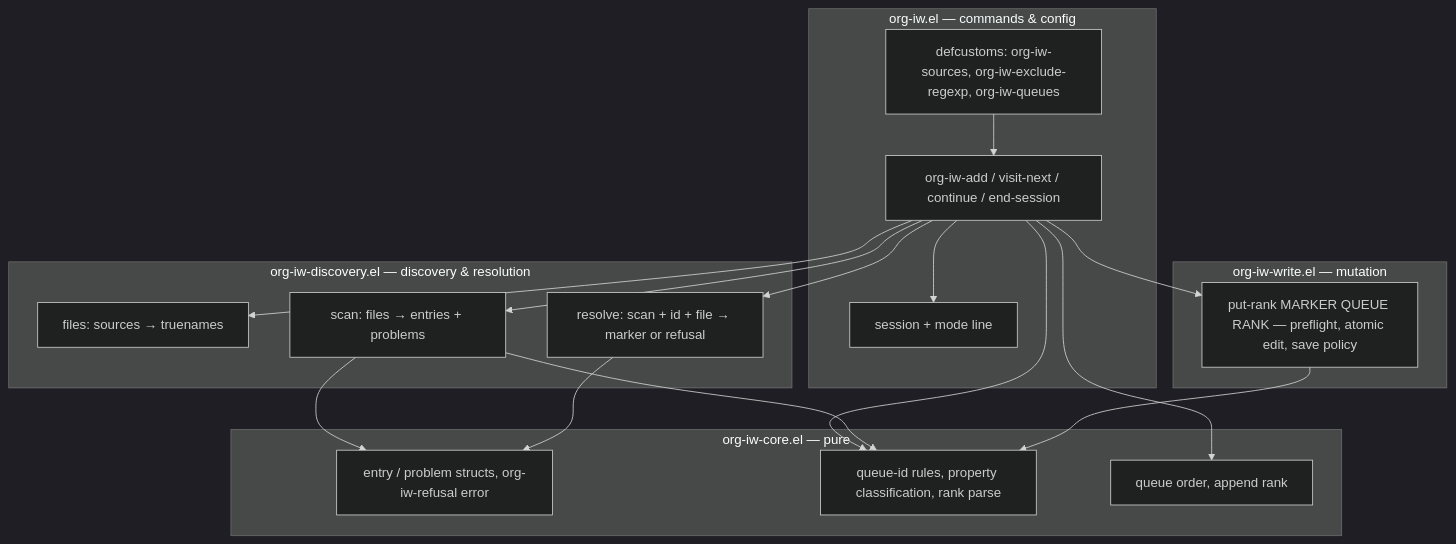
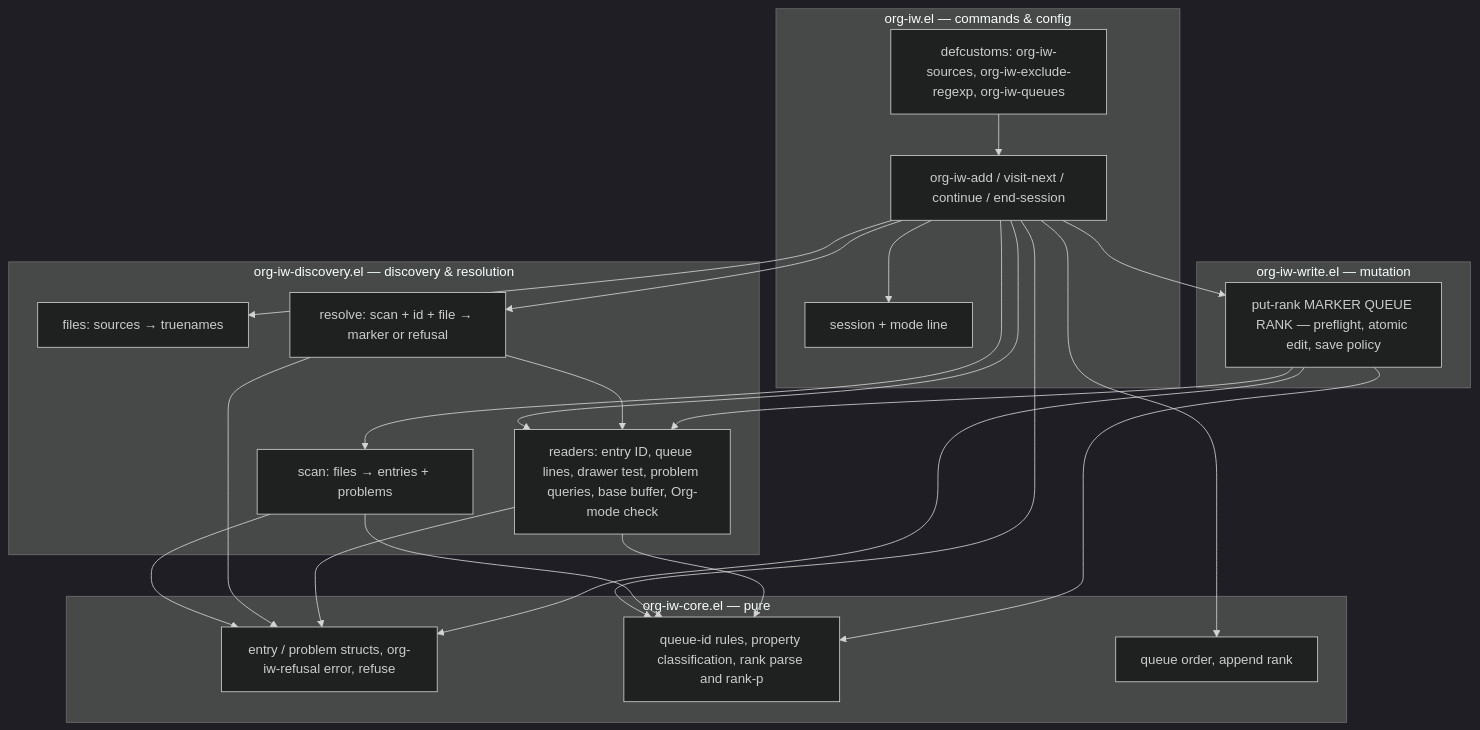
The first of 2 diagrams in .doctrine/slice/001/design.md (davidlee/org-incremental-writing), drawn with Mermaid (dark theme) before and after one commit. The commit also changed other lines of this file and 11 other files, not shown here.

````diff
--- a/.doctrine/slice/001/design.md
+++ b/.doctrine/slice/001/design.md
@@ -109,27 +116,29 @@
 ```mermaid
 flowchart TB
   subgraph org-iw.el [org-iw.el — commands & config]
     cfg[defcustoms: org-iw-sources, org-iw-exclude-regexp, org-iw-queues]
     cmd[org-iw-add / visit-next / continue / end-session]
     ses[session + mode line]
   end
   subgraph write [org-iw-write.el — mutation]
     pr[put-rank MARKER QUEUE RANK — preflight, atomic edit, save policy]
   end
   subgraph disc [org-iw-discovery.el — discovery & resolution]
     fl[files: sources → truenames]
     sc[scan: files → entries + problems]
     rs[resolve: scan + id + file → marker or refusal]
+    rd[readers: entry ID, queue lines, drawer test, problem queries, base buffer, Org-mode check]
   end
   subgraph core [org-iw-core.el — pure]
-    en[entry / problem structs, org-iw-refusal error]
-    qi[queue-id rules, property classification, rank parse]
+    en[entry / problem structs, org-iw-refusal error, refuse]
+    qi[queue-id rules, property classification, rank parse and rank-p]
     or[queue order, append rank]
   end
   cfg --> cmd
   cmd --> ses
-  cmd --> fl & sc & rs & pr & or & qi
+  cmd --> fl & sc & rs & rd & pr & or & qi
   sc --> qi & en
-  rs --> en
-  pr --> qi
+  rs --> rd & en
+  rd --> qi & en
+  pr --> rd & qi & en
 ```
````
